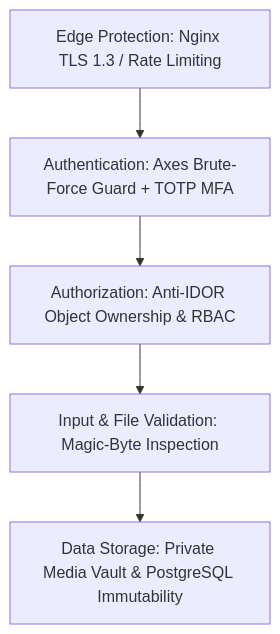
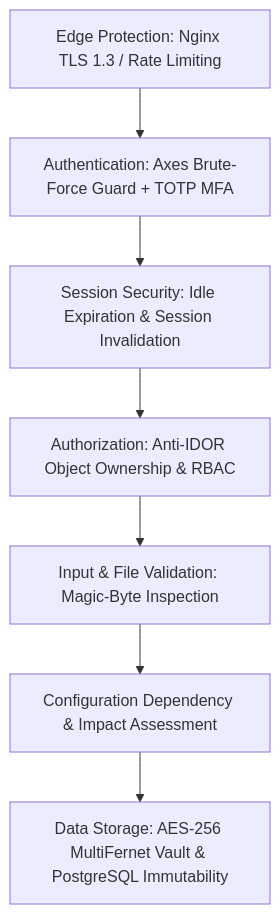
One commit to BagoviOfficial/NHT-SMS changed the diagram in docs/SECURITY.md. Above: the diagram before and after it, drawn with Mermaid. The commit also changed other lines of this file and 8 other files, not shown here.

````diff
--- a/docs/SECURITY.md
+++ b/docs/SECURITY.md
@@ -14,7 +15,9 @@
 ```mermaid
 flowchart TD
     Edge[Edge Protection: Nginx TLS 1.3 / Rate Limiting] --> AuthGateway[Authentication: Axes Brute-Force Guard + TOTP MFA]
-    AuthGateway --> RBACGateway[Authorization: Anti-IDOR Object Ownership & RBAC]
+    AuthGateway --> SessionSec[Session Security: Idle Expiration & Session Invalidation]
+    SessionSec --> RBACGateway[Authorization: Anti-IDOR Object Ownership & RBAC]
     RBACGateway --> DomainValidation[Input & File Validation: Magic-Byte Inspection]
-    DomainValidation --> StorageBarrier[Data Storage: Private Media Vault & PostgreSQL Immutability]
+    DomainValidation --> DependencyGuard[Configuration Dependency & Impact Assessment]
+    DependencyGuard --> StorageBarrier[Data Storage: AES-256 MultiFernet Vault & PostgreSQL Immutability]
 ```
````
